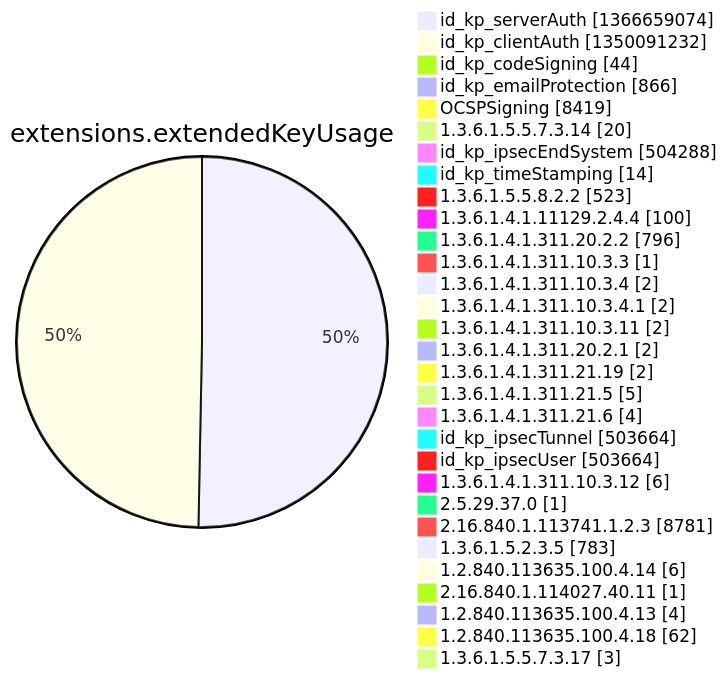
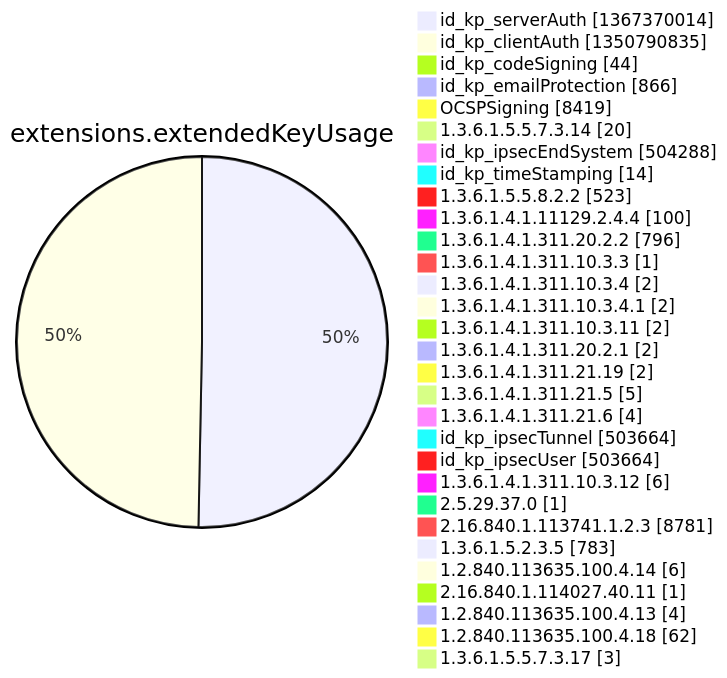
One commit to christiankrug/ctmonitor_visualization changed diagram 12 of 15 in argon2022/README.md. Above: the diagram before and after it, drawn with Mermaid. The commit also changed other lines of this file, not shown here.

````diff
--- a/argon2022/README.md
+++ b/argon2022/README.md
@@ -3553,34 +3553,34 @@
 ```mermaid
 pie showData
 title extensions.extendedKeyUsage
-"id_kp_serverAuth" :1366659074
-"id_kp_clientAuth" :1350091232
+"id_kp_serverAuth" :1367370014
+"id_kp_clientAuth" :1350790835
 "id_kp_codeSigning" :44
 "id_kp_emailProtection" :866
 "OCSPSigning" :8419
 "1.3.6.1.5.5.7.3.14" :20
 "id_kp_ipsecEndSystem" :504288
 "id_kp_timeStamping" :14
 "1.3.6.1.5.5.8.2.2" :523
 "1.3.6.1.4.1.11129.2.4.4" :100
 "1.3.6.1.4.1.311.20.2.2" :796
 "1.3.6.1.4.1.311.10.3.3" :1
 "1.3.6.1.4.1.311.10.3.4" :2
 "1.3.6.1.4.1.311.10.3.4.1" :2
 "1.3.6.1.4.1.311.10.3.11" :2
 "1.3.6.1.4.1.311.20.2.1" :2
 "1.3.6.1.4.1.311.21.19" :2
 "1.3.6.1.4.1.311.21.5" :5
 "1.3.6.1.4.1.311.21.6" :4
 "id_kp_ipsecTunnel" :503664
 "id_kp_ipsecUser" :503664
 "1.3.6.1.4.1.311.10.3.12" :6
 "2.5.29.37.0" :1
 "2.16.840.1.113741.1.2.3" :8781
 "1.3.6.1.5.2.3.5" :783
 "1.2.840.113635.100.4.14" :6
 "2.16.840.1.114027.40.11" :1
 "1.2.840.113635.100.4.13" :4
 "1.2.840.113635.100.4.18" :62
 "1.3.6.1.5.5.7.3.17" :3
 ```
````
